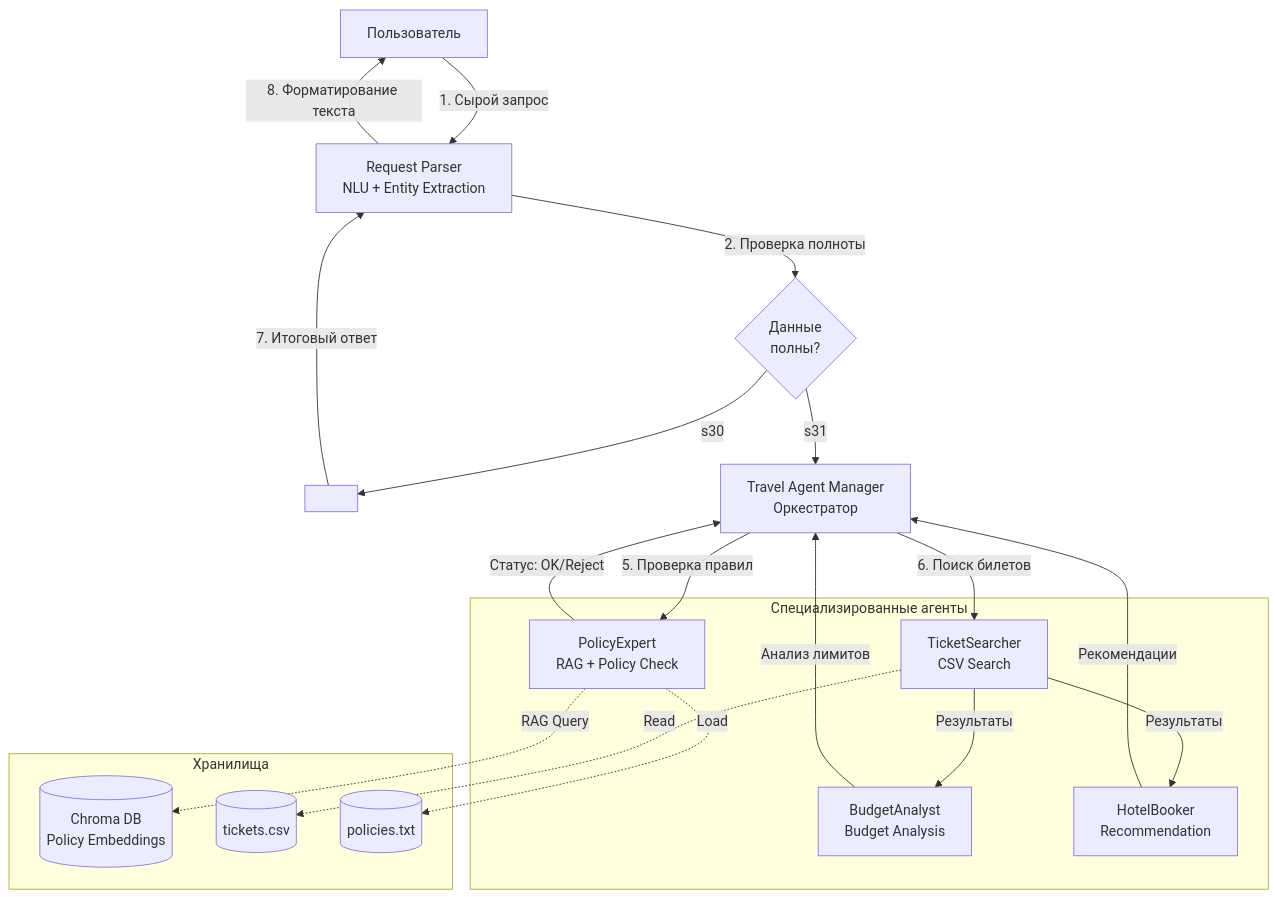
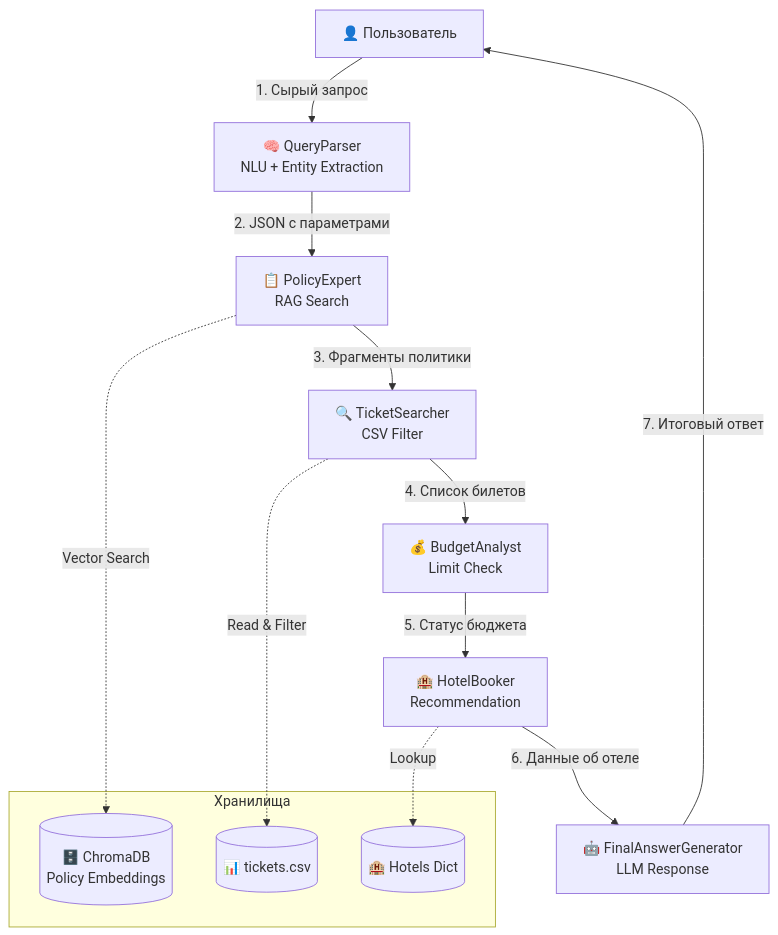
One commit to semusv/2026-otus-aiarch-lab_03 changed the first of 2 diagrams in ARCHITECTURE.md. Above: the diagram before and after it, drawn with Mermaid. The commit also changed other lines of this file and 2 other files, not shown here.

````diff
--- a/ARCHITECTURE.md
+++ b/ARCHITECTURE.md
@@ -32,39 +30,21 @@
 ```mermaid
 graph TD
-    User[Пользователь] -->|1. Сырой запрос| Parser[Request Parser<br/>NLU + Entity Extraction]
+    User[👤 Пользователь] -->|1. Сырый запрос| QueryParser[🧠 QueryParser <br/> NLU + Entity Extraction]
     
-    Parser -->|2. Проверка полноты| Check{Данные<br/>полны?}
-    Check -->|s30| s16[ ]
-    Check -->|s31| Manager[Travel Agent Manager<br/>Оркестратор]
-    
-    subgraph Agents [Специализированные агенты]
-        Policy[PolicyExpert<br/>RAG + Policy Check]
-        Search[TicketSearcher<br/>CSV Search]
-        Budget[BudgetAnalyst<br/>Budget Analysis]
-        Hotel[HotelBooker<br/>Recommendation]
+    QueryParser -->|2. JSON с параметрами| PolicyExpert[📋 PolicyExpert <br/> RAG Search]
+    PolicyExpert -->|3. Фрагменты политики| TicketSearcher[🔍 TicketSearcher <br/> CSV Filter]
+    TicketSearcher -->|4. Список билетов| BudgetAnalyst[💰 BudgetAnalyst <br/> Limit Check]
+    BudgetAnalyst -->|5. Статус бюджета| HotelBooker[🏨 HotelBooker <br/> Recommendation]
+    HotelBooker -->|6. Данные об отеле| FinalAnswer[🤖 FinalAnswerGenerator <br/> LLM Response]
+    FinalAnswer -->|7. Итоговый ответ| User
+
+    subgraph Data [Хранилища]
+        Chroma[(🗄️ ChromaDB <br/> Policy Embeddings)]
+        CSV[(📊 tickets.csv)]
+        HotelsDB[(🏨 Hotels Dict)]
     end
-    
-    Manager -->|5. Проверка правил| Policy
-    Manager -->|6. Поиск билетов| Search
-    
-    Search -->|Результаты| Budget
-    Budget -->|Анализ лимитов| Manager
-    
-    Search -->|Результаты| Hotel
-    Hotel -->|Рекомендации| Manager
-    
-    Policy -->|Статус: OK/Reject| Manager
-    
-    s16[ ] -->|7. Итоговый ответ| Parser
-    Parser -->|8. Форматирование текста| User
-    
-    subgraph Data [Хранилища]
-        VectorDB[(Chroma DB<br/>Policy Embeddings)]
-        CSV[(tickets.csv)]
-        TXT[(policies.txt)]
-    end
-    
-    Policy -.->|RAG Query| VectorDB
-    Search -.->|Read| CSV
-    Policy -.->|Load| TXT
+
+    PolicyExpert -.->|Vector Search| Chroma
+    TicketSearcher -.->|Read & Filter| CSV
+    HotelBooker -.->|Lookup| HotelsDB
 ```
````
